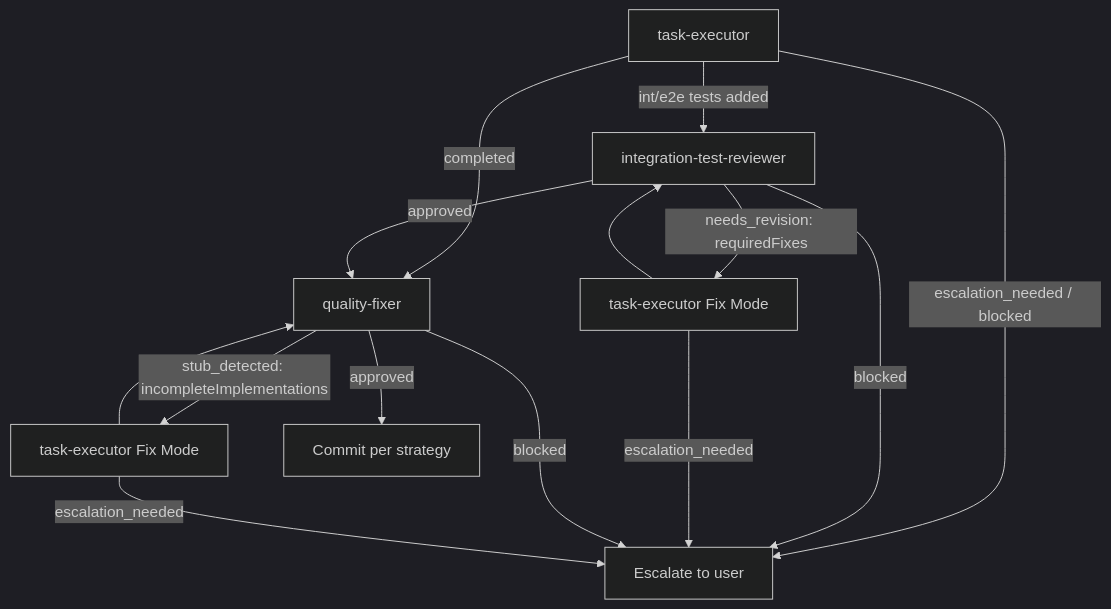
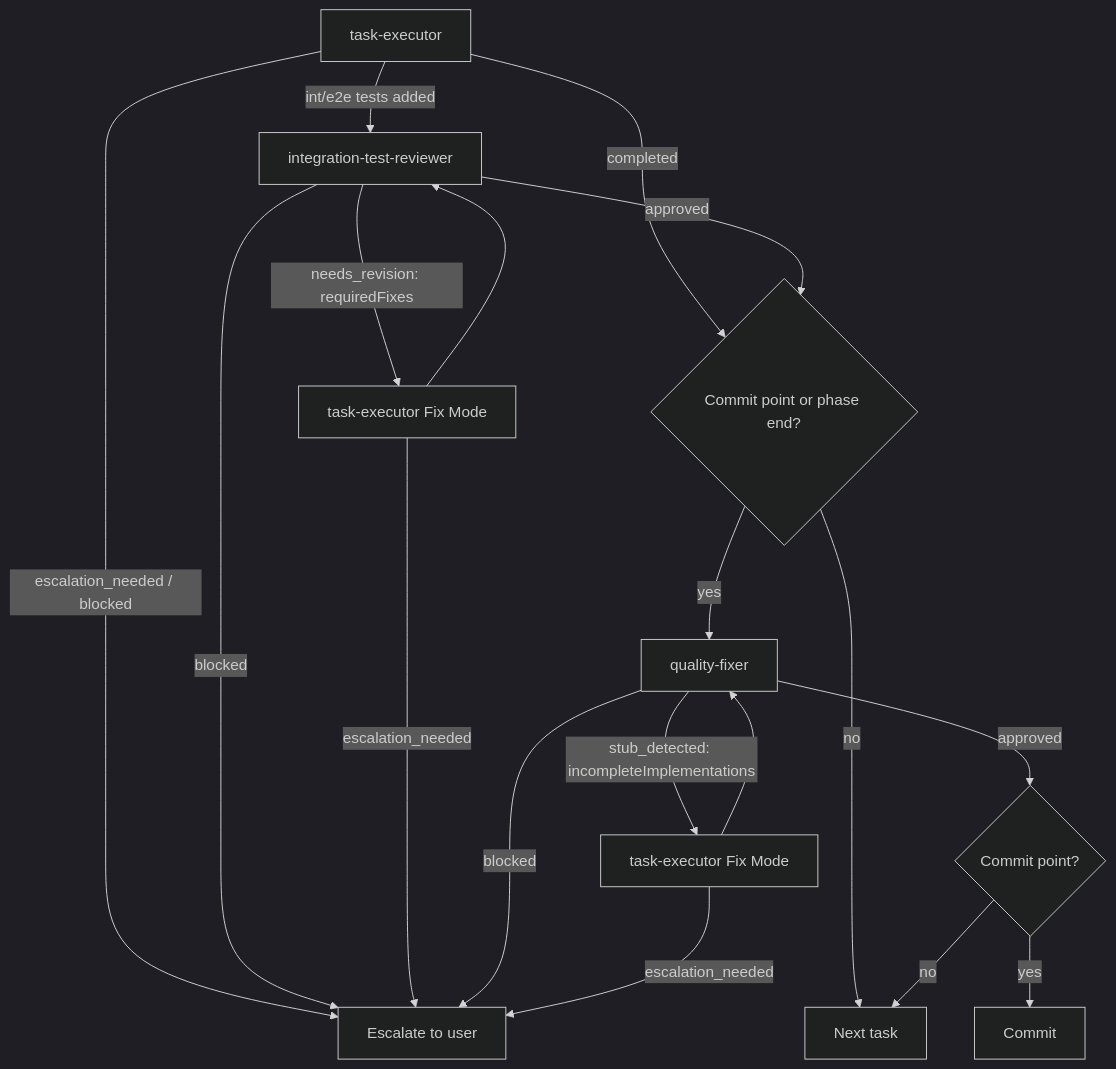
The first of 2 diagrams in skills/workflow-execution/SKILL.md (tundraray/overture), drawn with Mermaid (dark theme) before and after one commit. The commit also changed other lines of this file and 31 other files, not shown here.

````diff
--- a/skills/workflow-execution/SKILL.md
+++ b/skills/workflow-execution/SKILL.md
@@ -121,16 +121,20 @@
 ```mermaid
 flowchart TD
     TE[task-executor] -->|escalation_needed / blocked| U[Escalate to user]
     TE -->|int/e2e tests added| ITR[integration-test-reviewer]
-    TE -->|completed| QF[quality-fixer]
+    TE -->|completed| G{Commit point or phase end?}
     ITR -->|needs_revision: requiredFixes| FIX_ITR[task-executor Fix Mode]
     ITR -->|blocked| U
-    ITR -->|approved| QF
+    ITR -->|approved| G
+    G -->|no| N[Next task]
+    G -->|yes| QF[quality-fixer]
+    QF -->|approved| CP{Commit point?}
+    CP -->|yes| C[Commit]
+    CP -->|no| N
     FIX_ITR --> ITR
     FIX_ITR -->|escalation_needed| U
     QF -->|stub_detected: incompleteImplementations| FIX_QF[task-executor Fix Mode]
     QF -->|blocked| U
-    QF -->|approved| C[Commit per strategy]
     FIX_QF --> QF
     FIX_QF -->|escalation_needed| U
 ```
````
